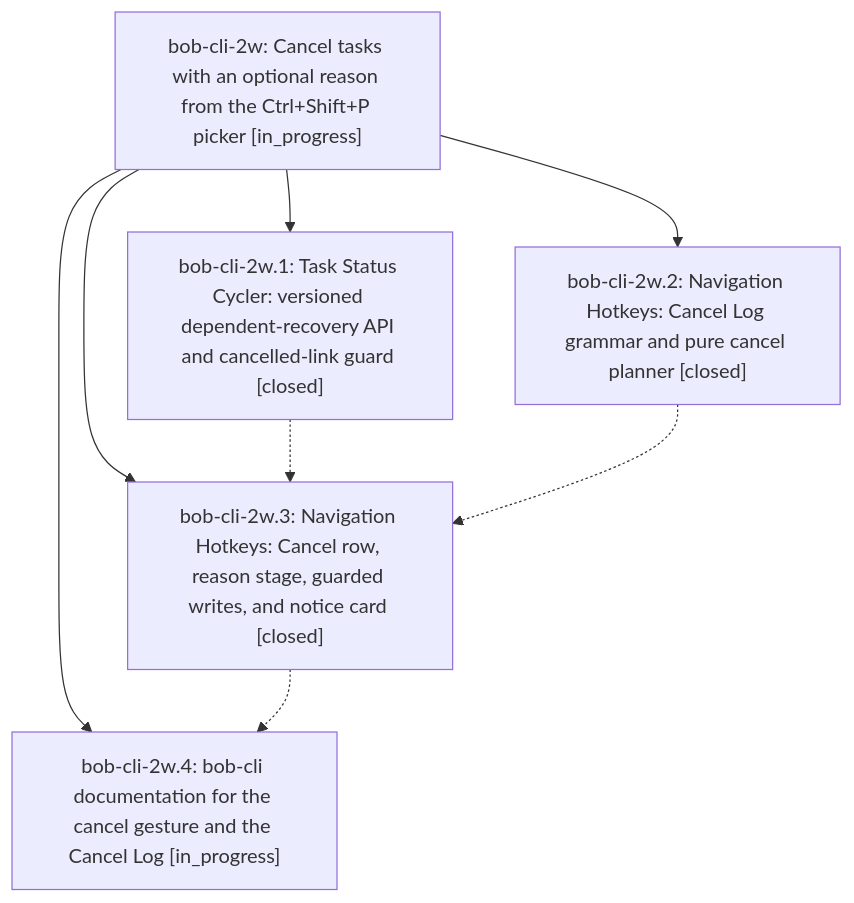
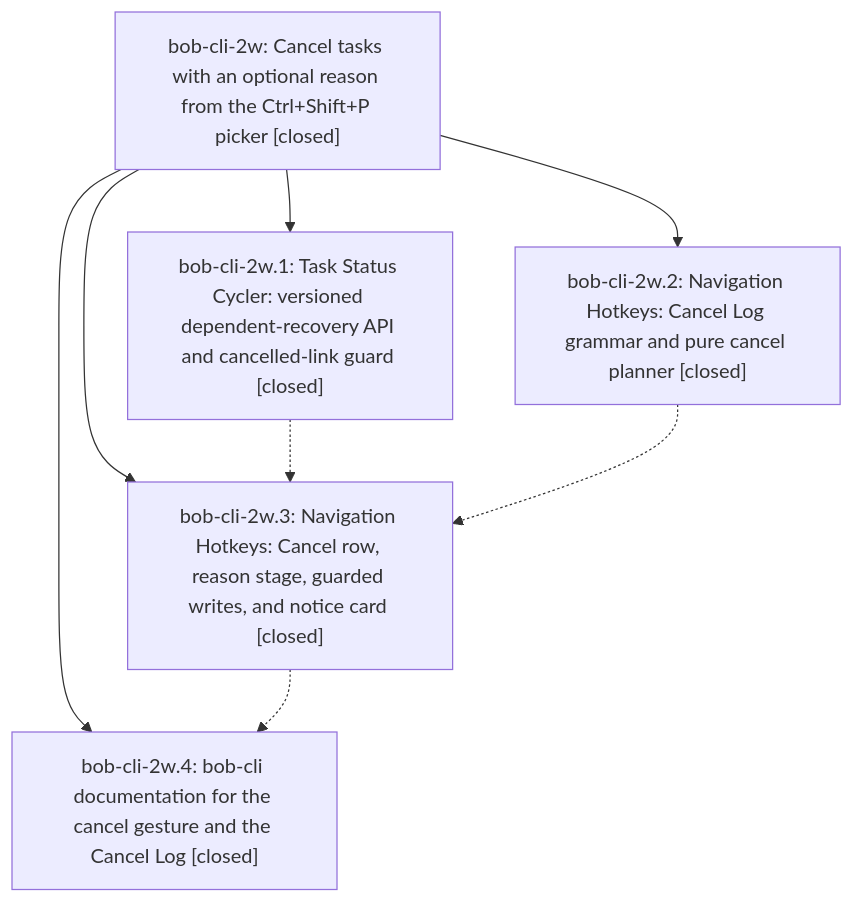
The diagram in pages/bob-cli-2w/README.md (bobs-org/bob-cli--beads), drawn with Mermaid before and after one commit. The commit also changed other lines of this file and 4 other files, not shown here.

First line of the commit message:
chore(beads): sync bead state and pages for bob-cli-2w

````diff
--- a/pages/bob-cli-2w/README.md
+++ b/pages/bob-cli-2w/README.md
@@ -25,15 +43,15 @@
 ```mermaid
 flowchart TD
-    n0["bob-cli-2w: Cancel tasks with an optional reason from the Ctrl+Shift+P picker [in_progress]"]
+    n0["bob-cli-2w: Cancel tasks with an optional reason from the Ctrl+Shift+P picker [closed]"]
     n1["bob-cli-2w.1: Task Status Cycler: versioned dependent-recovery API and cancelled-link guard [closed]"]
     n2["bob-cli-2w.2: Navigation Hotkeys: Cancel Log grammar and pure cancel planner [closed]"]
     n3["bob-cli-2w.3: Navigation Hotkeys: Cancel row, reason stage, guarded writes, and notice card [closed]"]
-    n4["bob-cli-2w.4: bob-cli documentation for the cancel gesture and the Cancel Log [in_progress]"]
+    n4["bob-cli-2w.4: bob-cli documentation for the cancel gesture and the Cancel Log [closed]"]
     n0 --> n1
     n0 --> n2
     n0 --> n3
     n0 --> n4
     n1 -.-> n3
     n2 -.-> n3
     n3 -.-> n4
 ```
````
